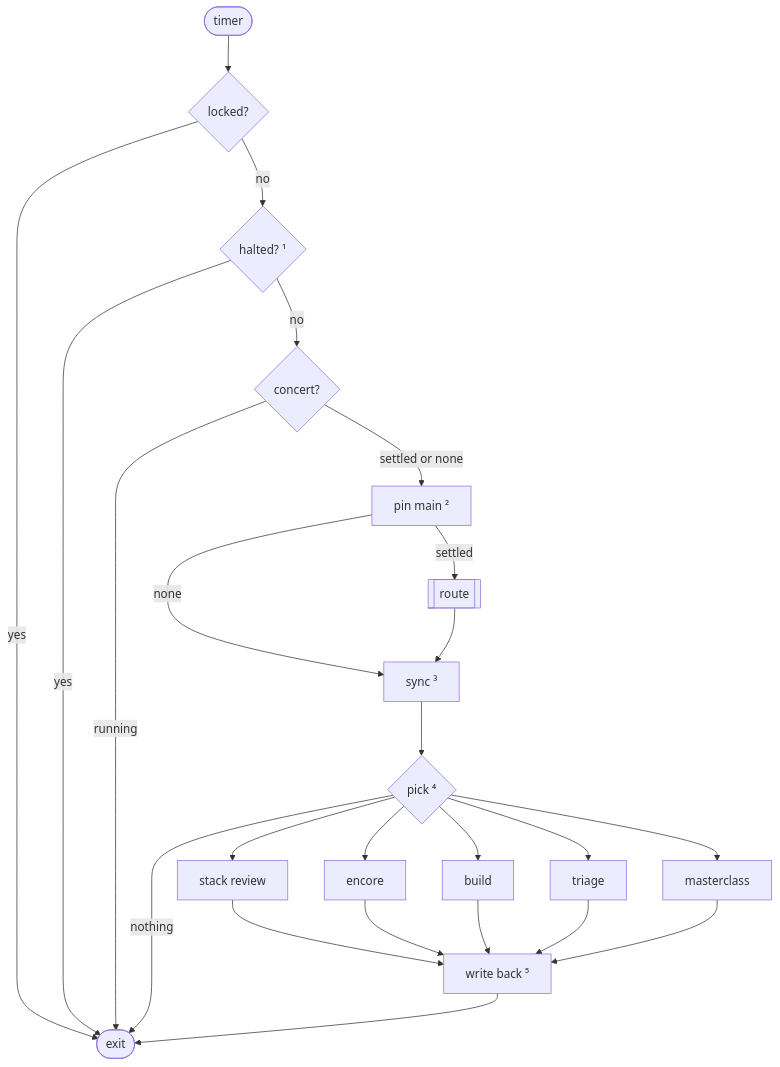
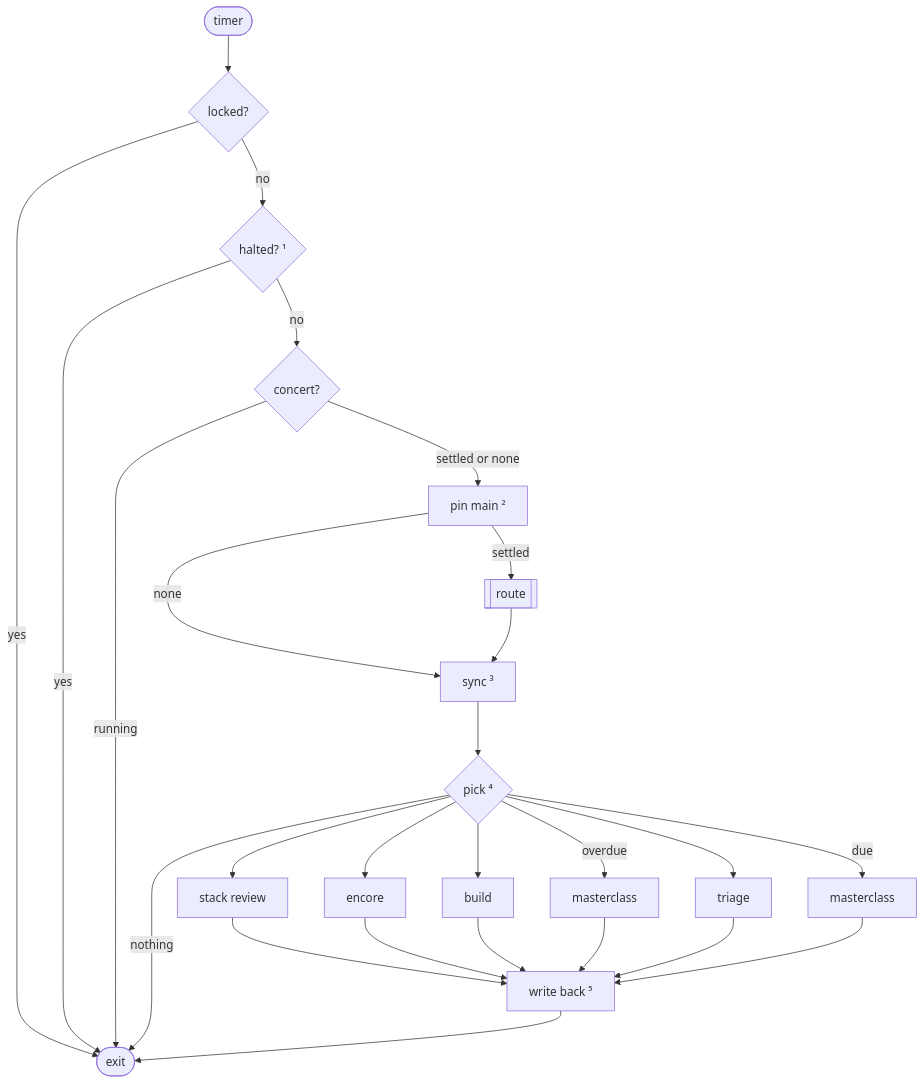
The third of 5 diagrams in docs/agents/factory.md (dvalnn/maestro), drawn with Mermaid before and after one commit. The commit also changed other lines of this file and 13 other files, not shown here.

````diff
--- a/docs/agents/factory.md
+++ b/docs/agents/factory.md
@@ -94,21 +94,22 @@
 ```mermaid
 flowchart TD
     T(["timer"]) --> L{"locked?"}
     L -->|yes| X(["exit"])
     L -->|no| H{"halted? ¹"}
     H -->|yes| X
     H -->|no| C{"concert?"}
     C -->|running| X
     C -->|"settled or none"| B["pin main ²"]
     B -->|settled| S[["route"]]
     B -->|none| SY
     S --> SY["sync ³"]
     SY --> P{"pick ⁴"}
     P --> SR["stack review"]
     P --> E["encore"]
     P --> SL["build"]
+    P -->|overdue| MO["masterclass"]
     P --> TR["triage"]
-    P --> MC["masterclass"]
+    P -->|due| MC["masterclass"]
     P -->|nothing| X
-    SR & E & SL & TR & MC --> W["write back ⁵"] --> X
+    SR & E & SL & MO & TR & MC --> W["write back ⁵"] --> X
 ```
````
